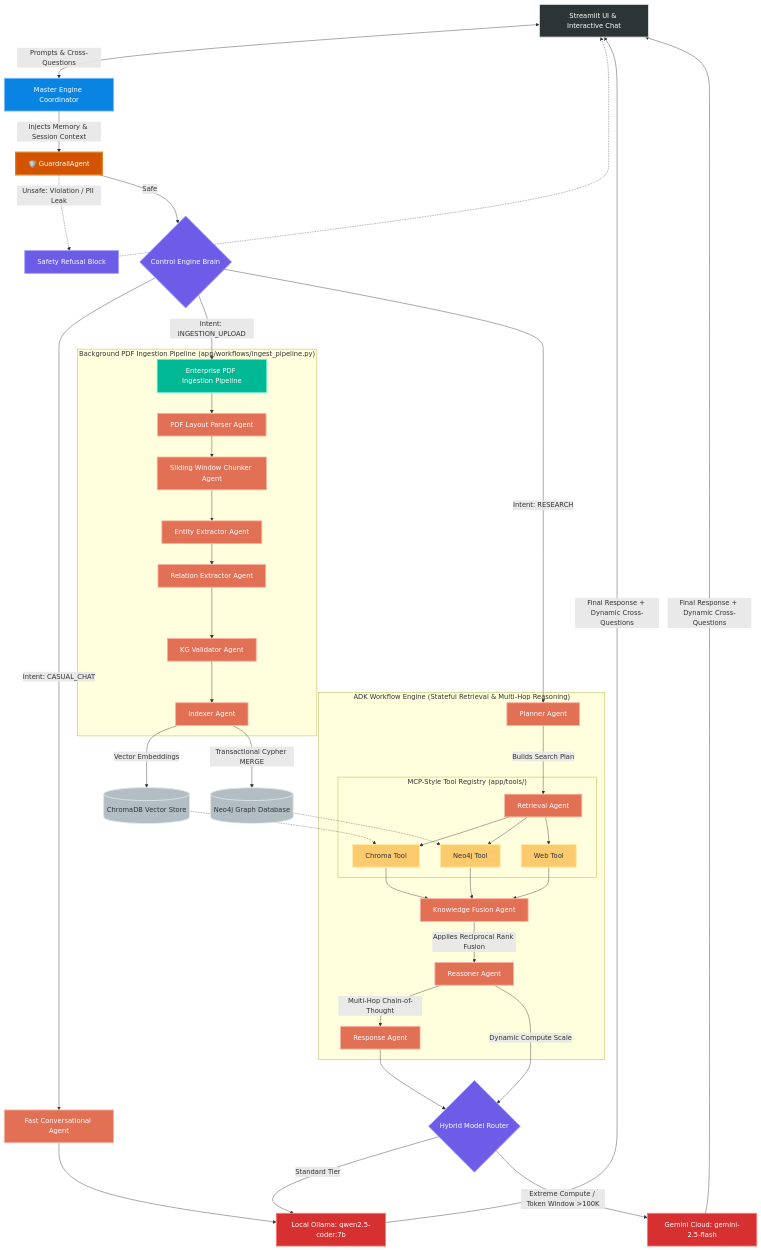
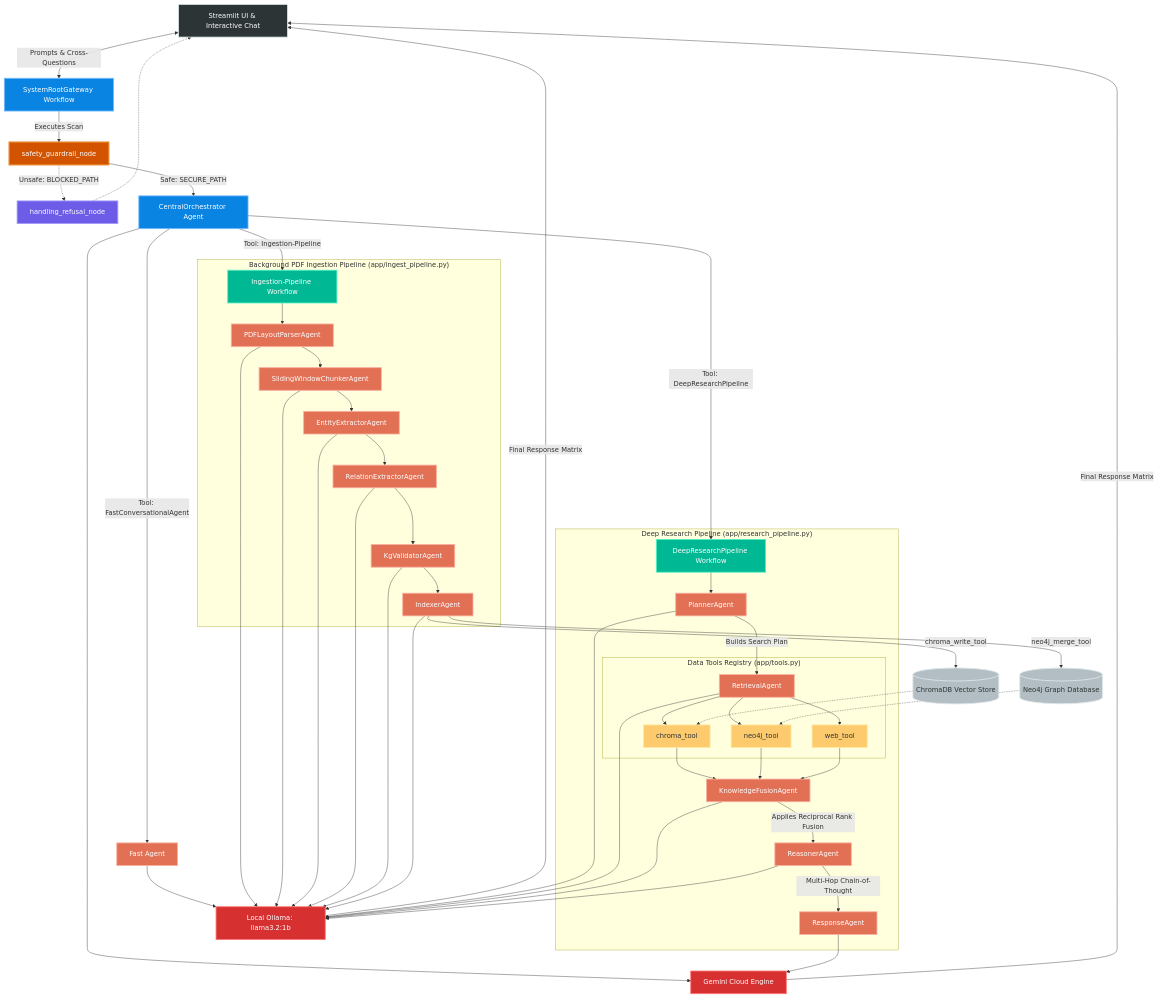
One commit to ranapratapmajee/nexusmind-adk changed the first of 2 diagrams in README.md. Above: the diagram before and after it, drawn with Mermaid. The commit also changed other lines of this file and 36 other files, not shown here.

````diff
--- a/README.md
+++ b/README.md
@@ -15,73 +15,69 @@
 ```mermaid
 graph TD
     %% Component Style Classes
     classDef client fill:#2d3436,stroke:#dfe6e9,stroke-width:2px,color:#fff;
     classDef orchestrator fill:#0984e3,stroke:#74b9ff,stroke-width:2px,color:#fff;
     classDef control fill:#6c5ce7,stroke:#a29bfe,stroke-width:2px,color:#fff;
     classDef workflow fill:#00b894,stroke:#55efc4,stroke-width:2px,color:#fff;
     classDef guardrail fill:#d35400,stroke:#e67e22,stroke-width:3px,color:#fff;
     classDef agent fill:#e17055,stroke:#fab1a0,stroke-width:2px,color:#fff;
     classDef tool fill:#fdcb6e,stroke:#ffeaa7,stroke-width:2px,color:#2d3436;
     classDef storage fill:#b2bec3,stroke:#dfe6e9,stroke-width:2px,color:#2d3436;
     classDef compute fill:#d63031,stroke:#ff7675,stroke-width:2px,color:#fff;
 
     %% Presentation Layer
-    UI[Streamlit UI & Interactive Chat]:::client <--> |Prompts & Cross-Questions| Coordinator[Master Engine Coordinator]:::orchestrator
+    UI[Streamlit UI & Interactive Chat]:::client <--> |Prompts & Cross-Questions| Gateway[SystemRootGateway Workflow]:::orchestrator
     
     %% Intent Splitting & Control
-    Coordinator --> |Injects Memory & Session Context| Guardrail[🛡️ GuardrailAgent]:::guardrail
+    Gateway --> |Executes Scan| GuardrailNode[safety_guardrail_node]:::guardrail
+    GuardrailNode -.-> |Unsafe: BLOCKED_PATH| Refusal[handling_refusal_node]:::control
+    Refusal -.-> UI
 
-    %% Safety Routing
-    Guardrail -.-> |Unsafe: Violation / PII Leak| Block[Safety Refusal Block]:::control
-    Block -.-> UI
-    Guardrail --> |Safe| ControlEngine{Control Engine Brain}:::control
+    GuardrailNode --> |Safe: SECURE_PATH| Concierge[CentralOrchestrator Agent]:::orchestrator
 
-    %% Control Engine Decision Matrix
-    ControlEngine --> |Intent: CASUAL_CHAT| FastAgent[Fast Conversational Agent]:::agent
-    ControlEngine --> |Intent: INGESTION_UPLOAD| IngestFlow[Enterprise PDF Ingestion Pipeline]:::workflow
-    ControlEngine --> |Intent: RESEARCH| Planner[Planner Agent]:::agent
+    %% Central Orchestrator Tool Routing Decision Matrix
+    Concierge --> |Tool: FastConversationalAgent| FastAgent[Fast Agent]:::agent
+    Concierge --> |Tool: Ingestion-Pipeline| IngestFlow[Ingestion-Pipeline Workflow]:::workflow
+    Concierge --> |Tool: DeepResearchPipeline| DeepResearch[DeepResearchPipeline Workflow]:::workflow
 
     %% Ingestion Pipeline 
-    subgraph Ingestion_Pipeline ["Background PDF Ingestion Pipeline (app/workflows/ingest_pipeline.py)"]
-        IngestFlow --> Parser[PDF Layout Parser Agent]:::agent
-        Parser --> Chunker[Sliding Window Chunker Agent]:::agent
-        Chunker --> EntityExt[Entity Extractor Agent]:::agent
-        EntityExt --> RelExt[Relation Extractor Agent]:::agent
-        RelExt --> KGVal[KG Validator Agent]:::agent
-        KGVal --> Indexer[Indexer Agent]:::agent
+    subgraph Ingestion_Pipeline ["Background PDF Ingestion Pipeline (app/ingest_pipeline.py)"]
+        IngestFlow --> Parser[PDFLayoutParserAgent]:::agent
+        Parser --> Chunker[SlidingWindowChunkerAgent]:::agent
+        Chunker --> EntityExt[EntityExtractorAgent]:::agent
+        EntityExt --> RelExt[RelationExtractorAgent]:::agent
+        RelExt --> KGVal[KgValidatorAgent]:::agent
+        KGVal --> Indexer[IndexerAgent]:::agent
     end
 
     %% Adaptive Runtime Multi-Agent Pipeline
-    subgraph Reasoning_Pipeline ["ADK Workflow Engine (Stateful Retrieval & Multi-Hop Reasoning)"]
-        Planner --> |Builds Search Plan| Retrieval[Retrieval Agent]:::agent
+    subgraph Reasoning_Pipeline ["Deep Research Pipeline (app/research_pipeline.py)"]
+        DeepResearch --> Planner[PlannerAgent]:::agent
+        Planner --> |Builds Search Plan| Retrieval[RetrievalAgent]:::agent
         
         %% Tool Registry
-        subgraph ADK_Tool_Registry ["MCP-Style Tool Registry (app/tools/)"]
-            Retrieval --> CTool[Chroma Tool]:::tool
-            Retrieval --> NTool[Neo4j Tool]:::tool
-            Retrieval --> WTool[Web Tool]:::tool
+        subgraph ADK_Tool_Registry ["Data Tools Registry (app/tools.py)"]
+            Retrieval --> CTool[chroma_tool]:::tool
+            Retrieval --> NTool[neo4j_tool]:::tool
+            Retrieval --> WTool[web_tool]:::tool
         end
         
-        CTool & NTool & WTool --> Fusion[Knowledge Fusion Agent]:::agent
-        Fusion --> |Applies Reciprocal Rank Fusion| Reasoner[Reasoner Agent]:::agent
-        Reasoner --> |Multi-Hop Chain-of-Thought| Responder[Response Agent]:::agent
+        CTool & NTool & WTool --> Fusion[KnowledgeFusionAgent]:::agent
+        Fusion --> |Applies Reciprocal Rank Fusion| Reasoner[ReasonerAgent]:::agent
+        Reasoner --> |Multi-Hop Chain-of-Thought| Responder[ResponseAgent]:::agent
     end
 
     %% Storage Topology
-    Indexer --> |Vector Embeddings| Chroma[(ChromaDB Vector Store)]:::storage
-    Indexer --> |Transactional Cypher MERGE| Neo4j[(Neo4j Graph Database)]:::storage
+    Indexer --> |chroma_write_tool| Chroma[(ChromaDB Vector Store)]:::storage
+    Indexer --> |neo4j_merge_tool| Neo4j[(Neo4j Graph Database)]:::storage
     
     Neo4j -.-> NTool
     Chroma -.-> CTool
 
     %% Hybrid Compute Targets (Ollama + Gemini)
-    FastAgent --> LocalOllama[Local Ollama: qwen2.5-coder:7b]:::compute
-    Reasoner --> |Dynamic Compute Scale| ModelGate{Hybrid Model Router}:::control
-    Responder --> ModelGate
-    
-    ModelGate -- "Standard Tier" --> LocalOllama
-    ModelGate -- "Extreme Compute / Token Window >100K" --> GeminiCloud[Gemini Cloud: gemini-2.5-flash]:::compute
+    FastAgent & Parser & Chunker & EntityExt & RelExt & KGVal & Indexer & Planner & Retrieval & Fusion & Reasoner --> LocalOllama[Local Ollama: llama3.2:1b]:::compute
+    Concierge & Responder --> GeminiCloud[Gemini Cloud Engine]:::compute
 
-    LocalOllama & GeminiCloud --> |Final Response + Dynamic Cross-Questions| UI
+    LocalOllama & GeminiCloud --> |Final Response Matrix| UI
 
 ```
````
